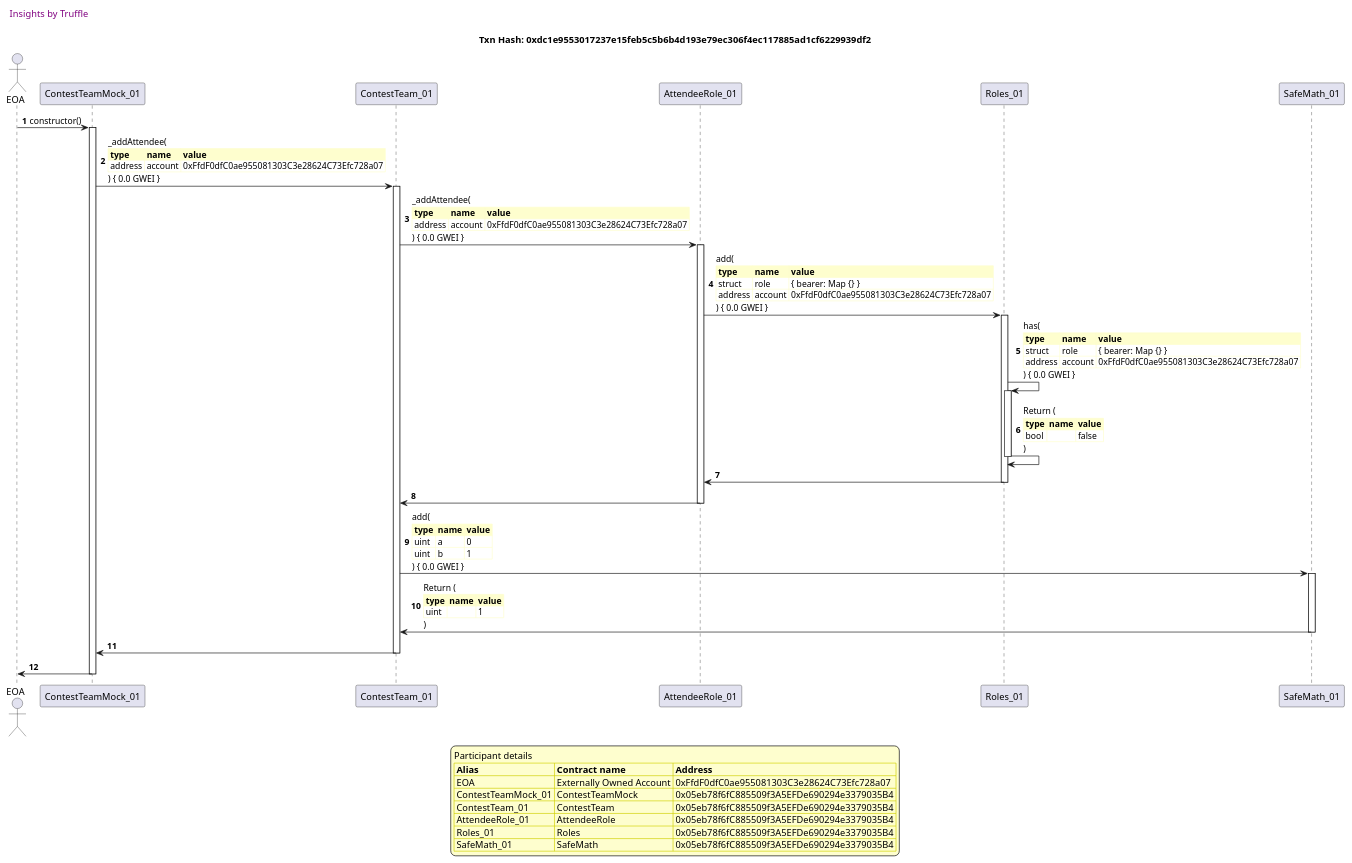
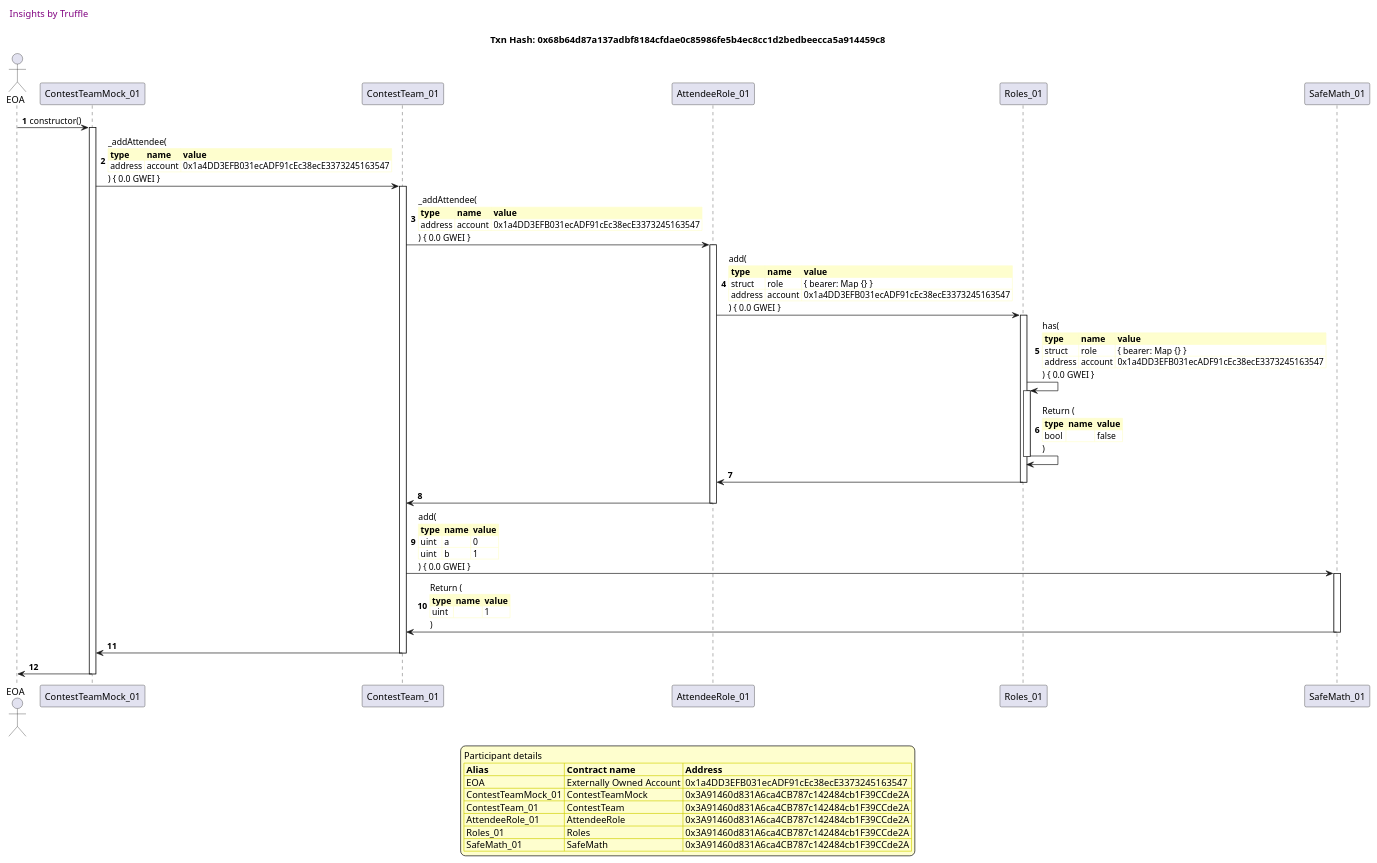
One commit to fodisi/hackapay changed diagram 14 of 50 in truffle-seq/core_contestteam.md. Above: the diagram before and after it, drawn with PlantUML. The commit also changed other lines of this file and 10 other files, not shown here.

````diff
--- a/truffle-seq/core_contestteam.md
+++ b/truffle-seq/core_contestteam.md
@@ -1172,79 +1167,79 @@
 ```plantuml
 
 
 @startuml
 
 autonumber
 skinparam legendBackgroundColor #FEFECE
 
 <style>
       header {
         HorizontalAlignment left
         FontColor purple
         FontSize 14
         Padding 10
       }
     </style>
 
 header Insights by Truffle
 
-title Txn Hash: 0xdc1e9553017237e15feb5c5b6b4d193e79ec306f4ec117885ad1cf6229939df2
+title Txn Hash: 0x68b64d87a137adbf8184cfdae0c85986fe5b4ec8cc1d2bedbeecca5a914459c8
 
 
 actor EOA as "EOA"
 participant ContestTeamMock_01 as "ContestTeamMock_01"
 participant ContestTeam_01 as "ContestTeam_01"
 participant AttendeeRole_01 as "AttendeeRole_01"
 participant Roles_01 as "Roles_01"
 participant SafeMath_01 as "SafeMath_01"
 
 "EOA" -> "ContestTeamMock_01" ++: constructor()
 "ContestTeamMock_01" -> "ContestTeam_01" ++: _addAttendee(\n\
 <#FEFECE,#FEFECE>|= type |= name |= value |\n\
-| address | account | 0xFfdF0dfC0ae955081303C3e28624C73Efc728a07 |\n\
+| address | account | 0x1a4DD3EFB031ecADF91cEc38ecE3373245163547 |\n\
 ) { 0.0 GWEI }
 "ContestTeam_01" -> "AttendeeRole_01" ++: _addAttendee(\n\
 <#FEFECE,#FEFECE>|= type |= name |= value |\n\
-| address | account | 0xFfdF0dfC0ae955081303C3e28624C73Efc728a07 |\n\
+| address | account | 0x1a4DD3EFB031ecADF91cEc38ecE3373245163547 |\n\
 ) { 0.0 GWEI }
 "AttendeeRole_01" -> "Roles_01" ++: add(\n\
 <#FEFECE,#FEFECE>|= type |= name |= value |\n\
 | struct | role | { bearer: Map {} } |\n\
-| address | account | 0xFfdF0dfC0ae955081303C3e28624C73Efc728a07 |\n\
+| address | account | 0x1a4DD3EFB031ecADF91cEc38ecE3373245163547 |\n\
 ) { 0.0 GWEI }
 "Roles_01" -> "Roles_01" ++: has(\n\
 <#FEFECE,#FEFECE>|= type |= name |= value |\n\
 | struct | role | { bearer: Map {} } |\n\
-| address | account | 0xFfdF0dfC0ae955081303C3e28624C73Efc728a07 |\n\
+| address | account | 0x1a4DD3EFB031ecADF91cEc38ecE3373245163547 |\n\
 ) { 0.0 GWEI }
 "Roles_01" -> "Roles_01" --: Return (\n\
 <#FEFECE,#FEFECE>|= type |= name |= value |\n\
 | bool |  | false |\n\
 )
 "Roles_01" -> "AttendeeRole_01" --: 
 "AttendeeRole_01" -> "ContestTeam_01" --: 
 "ContestTeam_01" -> "SafeMath_01" ++: add(\n\
 <#FEFECE,#FEFECE>|= type |= name |= value |\n\
 | uint | a | 0 |\n\
 | uint | b | 1 |\n\
 ) { 0.0 GWEI }
 "SafeMath_01" -> "ContestTeam_01" --: Return (\n\
 <#FEFECE,#FEFECE>|= type |= name |= value |\n\
 | uint |  | 1 |\n\
 )
 "ContestTeam_01" -> "ContestTeamMock_01" --: 
 "ContestTeamMock_01" -> "EOA" --: 
 
 legend
 Participant details
 <#FEFECE,#D0D000>|= Alias |= Contract name |= Address |
-<#FEFECE>| EOA | Externally Owned Account | 0xFfdF0dfC0ae955081303C3e28624C73Efc728a07 |
-<#FEFECE>| ContestTeamMock_01 | ContestTeamMock | 0x05eb78f6fC885509f3A5EFDe690294e3379035B4 |
-<#FEFECE>| ContestTeam_01 | ContestTeam | 0x05eb78f6fC885509f3A5EFDe690294e3379035B4 |
-<#FEFECE>| AttendeeRole_01 | AttendeeRole | 0x05eb78f6fC885509f3A5EFDe690294e3379035B4 |
-<#FEFECE>| Roles_01 | Roles | 0x05eb78f6fC885509f3A5EFDe690294e3379035B4 |
-<#FEFECE>| SafeMath_01 | SafeMath | 0x05eb78f6fC885509f3A5EFDe690294e3379035B4 |
+<#FEFECE>| EOA | Externally Owned Account | 0x1a4DD3EFB031ecADF91cEc38ecE3373245163547 |
+<#FEFECE>| ContestTeamMock_01 | ContestTeamMock | 0x3A91460d831A6ca4CB787c142484cb1F39CCde2A |
+<#FEFECE>| ContestTeam_01 | ContestTeam | 0x3A91460d831A6ca4CB787c142484cb1F39CCde2A |
+<#FEFECE>| AttendeeRole_01 | AttendeeRole | 0x3A91460d831A6ca4CB787c142484cb1F39CCde2A |
+<#FEFECE>| Roles_01 | Roles | 0x3A91460d831A6ca4CB787c142484cb1F39CCde2A |
+<#FEFECE>| SafeMath_01 | SafeMath | 0x3A91460d831A6ca4CB787c142484cb1F39CCde2A |
 endlegend
 
 @enduml
 ```
````
